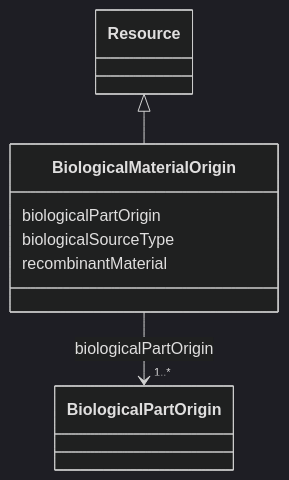
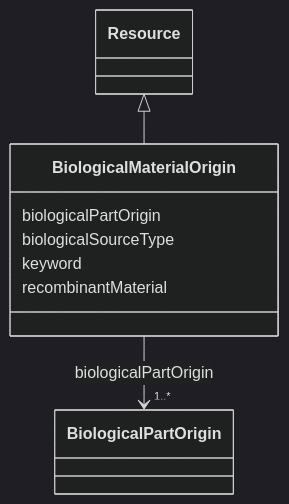
Before and after one commit to EVORA-project/evora-ontology: the diagram in models/docs/BiologicalMaterialOrigin.md, drawn with Mermaid (dark theme). The commit also changed other lines of this file and 402 other files, not shown here.

````diff
--- a/models/docs/BiologicalMaterialOrigin.md
+++ b/models/docs/BiologicalMaterialOrigin.md
@@ -19,22 +19,24 @@
 ```mermaid
  classDiagram
     class BiologicalMaterialOrigin
     click BiologicalMaterialOrigin href "../BiologicalMaterialOrigin"
       Resource <|-- BiologicalMaterialOrigin
         click Resource href "../Resource"
       
       BiologicalMaterialOrigin : biologicalPartOrigin
         
           
     
     
     BiologicalMaterialOrigin --> "1..*" BiologicalPartOrigin : biologicalPartOrigin
     click BiologicalPartOrigin href "../BiologicalPartOrigin"
 
         
       BiologicalMaterialOrigin : biologicalSourceType
         
+      BiologicalMaterialOrigin : keyword
+        
       BiologicalMaterialOrigin : recombinantMaterial
         
       
 ```
````
